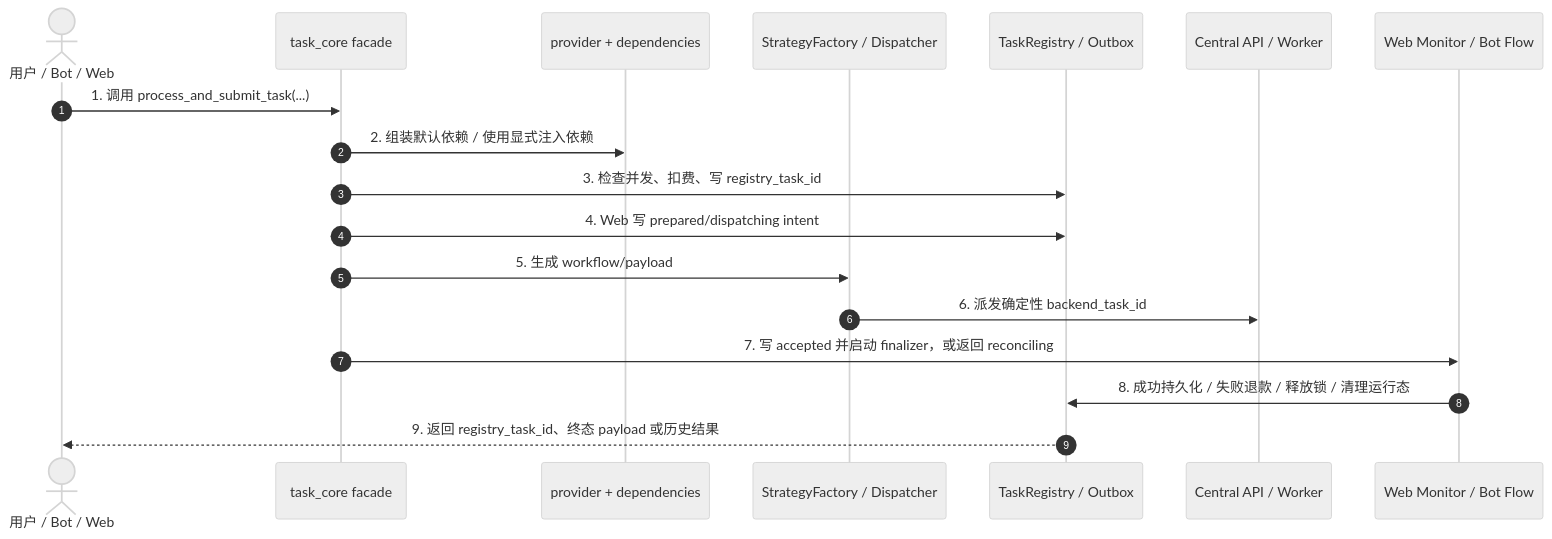
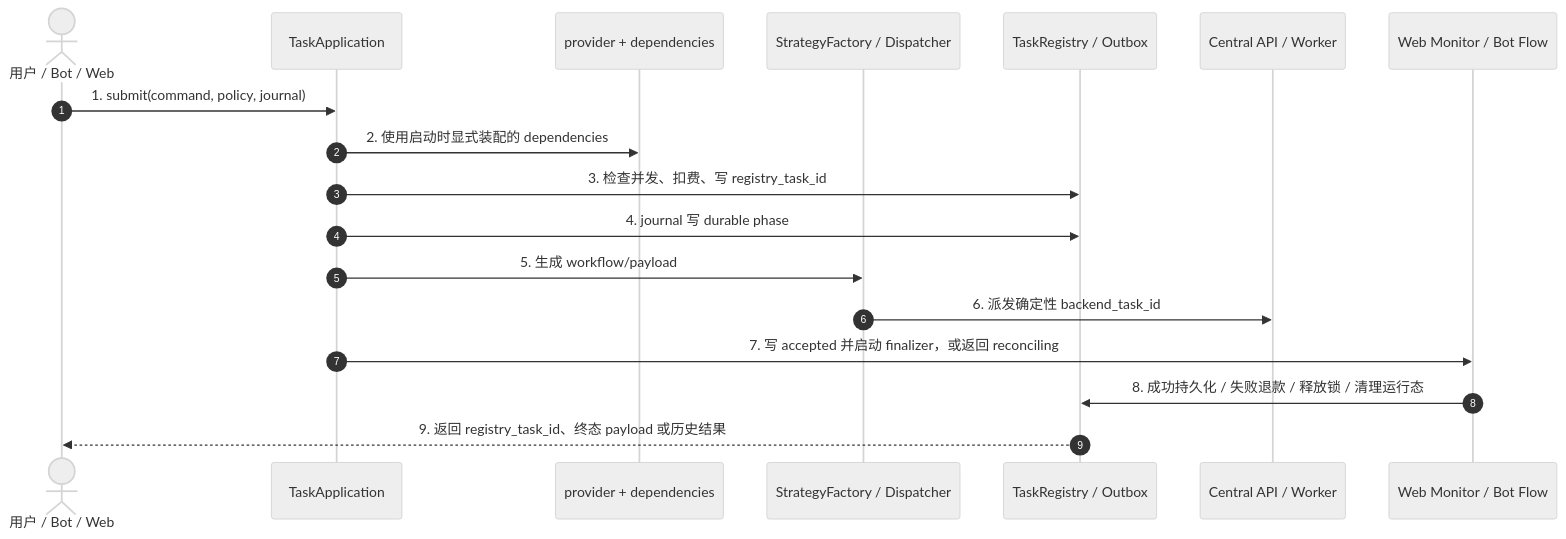
The diagram in docs/子模块_任务调度_task_scheduler.md (giraffu/All_bot), drawn with Mermaid (neutral theme) before and after one commit. The commit also changed other lines of this file and 35 other files, not shown here.

Commit message:
refactor(tasks): migrate entrypoints to task application

````diff
--- a/docs/子模块_任务调度_task_scheduler.md
+++ b/docs/子模块_任务调度_task_scheduler.md
@@ -62,21 +65,21 @@
 ```mermaid
 sequenceDiagram
     autonumber
     actor U as 用户 / Bot / Web
-    participant Facade as task_core facade
+    participant App as TaskApplication
     participant Deps as provider + dependencies
     participant Dispatcher as StrategyFactory / Dispatcher
     participant Registry as TaskRegistry / Outbox
     participant Backend as Central API / Worker
     participant Monitor as Web Monitor / Bot Flow
 
-    U->>Facade: 1. 调用 process_and_submit_task(...)
-    Facade->>Deps: 2. 组装默认依赖 / 使用显式注入依赖
-    Facade->>Registry: 3. 检查并发、扣费、写 registry_task_id
-    Facade->>Registry: 4. Web 写 prepared/dispatching intent
-    Facade->>Dispatcher: 5. 生成 workflow/payload
+    U->>App: 1. submit(command, policy, journal)
+    App->>Deps: 2. 使用启动时显式装配的 dependencies
+    App->>Registry: 3. 检查并发、扣费、写 registry_task_id
+    App->>Registry: 4. journal 写 durable phase
+    App->>Dispatcher: 5. 生成 workflow/payload
     Dispatcher->>Backend: 6. 派发确定性 backend_task_id
-    Facade->>Monitor: 7. 写 accepted 并启动 finalizer，或返回 reconciling
+    App->>Monitor: 7. 写 accepted 并启动 finalizer，或返回 reconciling
     Monitor->>Registry: 8. 成功持久化 / 失败退款 / 释放锁 / 清理运行态
     Registry-->>U: 9. 返回 registry_task_id、终态 payload 或历史结果
 ```
````
